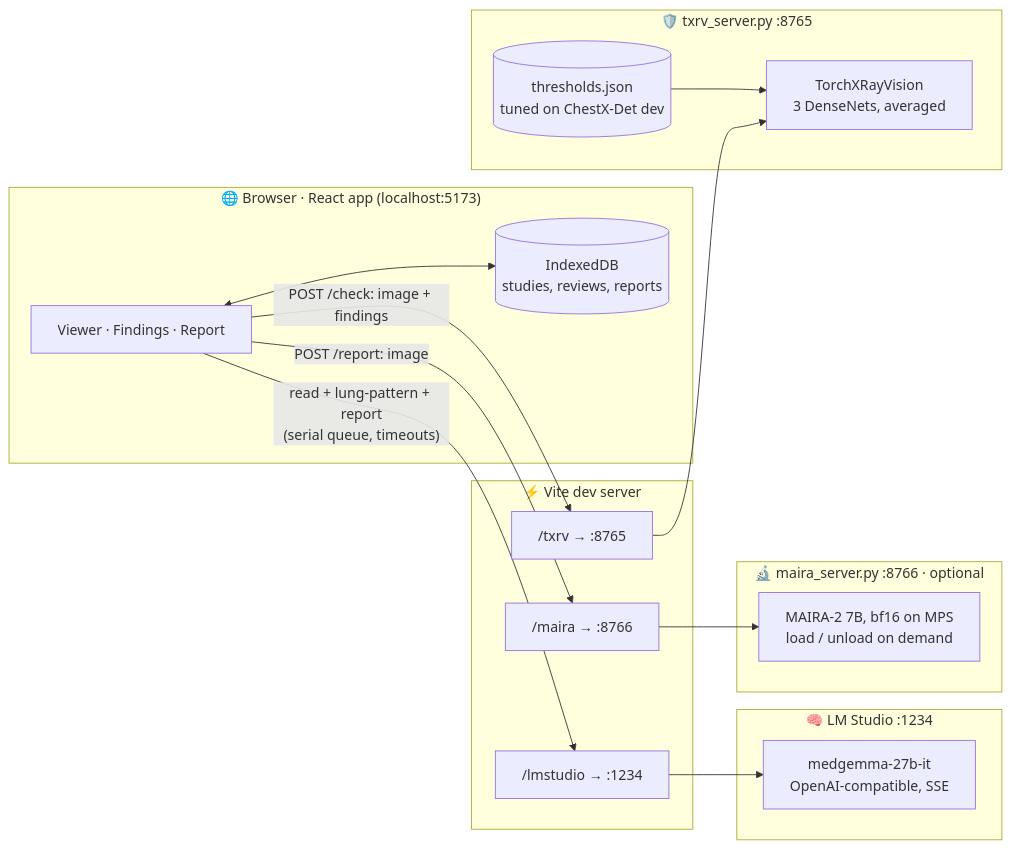
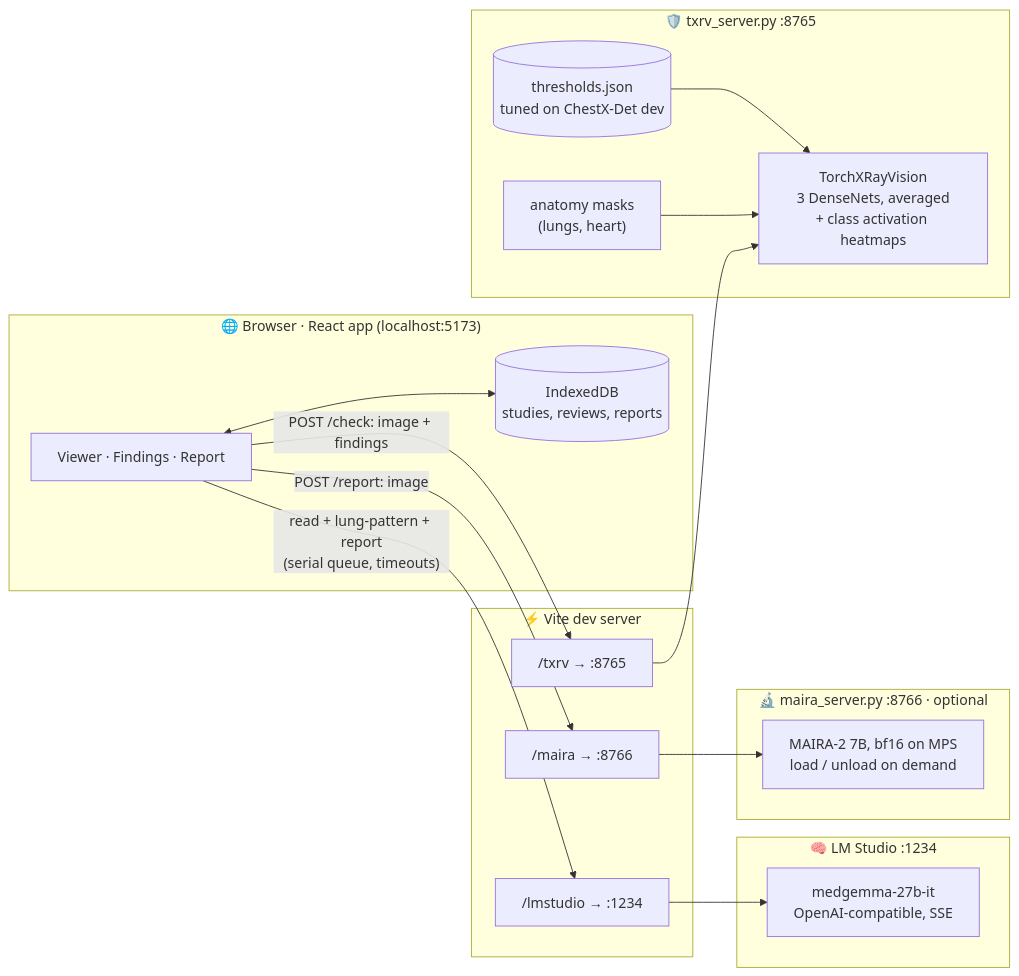
Before and after one commit to Hitheshkaranth/VoxelRadAI_Terminal: the first of 2 diagrams in README.md, drawn with Mermaid. The commit also changed other lines of this file and 12 other files, not shown here.

````diff
--- a/README.md
+++ b/README.md
@@ -102,32 +113,34 @@
 ```mermaid
 flowchart LR
     subgraph Browser["🌐 Browser · React app (localhost:5173)"]
         UI["Viewer · Findings · Report"]
         Store[("IndexedDB<br/>studies, reviews, reports")]
         UI <--> Store
     end
 
     subgraph Vite["⚡ Vite dev server"]
         P1["/lmstudio → :1234"]
         P2["/txrv → :8765"]
         P3["/maira → :8766"]
     end
 
     subgraph LMS["🧠 LM Studio :1234"]
         MG["medgemma-27b-it<br/>OpenAI-compatible, SSE"]
     end
 
     subgraph TXS["🛡️ txrv_server.py :8765"]
-        TX["TorchXRayVision<br/>3 DenseNets, averaged"]
+        TX["TorchXRayVision<br/>3 DenseNets, averaged<br/>+ class activation heatmaps"]
+        SEG["anatomy masks<br/>(lungs, heart)"]
         TH[("thresholds.json<br/>tuned on ChestX-Det dev")]
         TH --> TX
+        SEG --> TX
     end
 
     subgraph MAS["🔬 maira_server.py :8766 · optional"]
         MA["MAIRA-2 7B, bf16 on MPS<br/>load / unload on demand"]
     end
 
     UI -- "read + lung-pattern + report<br/>(serial queue, timeouts)" --> P1 --> MG
     UI -- "POST /check: image + findings" --> P2 --> TX
     UI -- "POST /report: image" --> P3 --> MA
 ```
````
